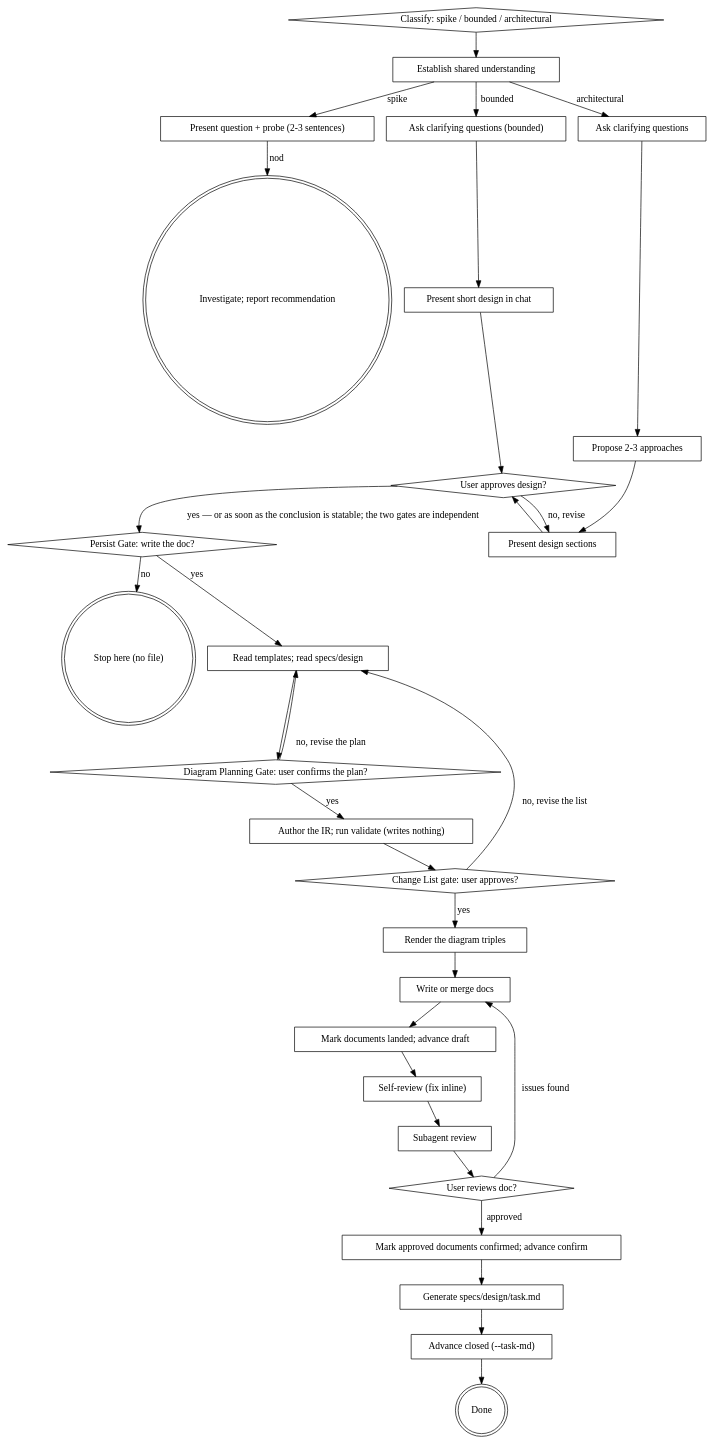
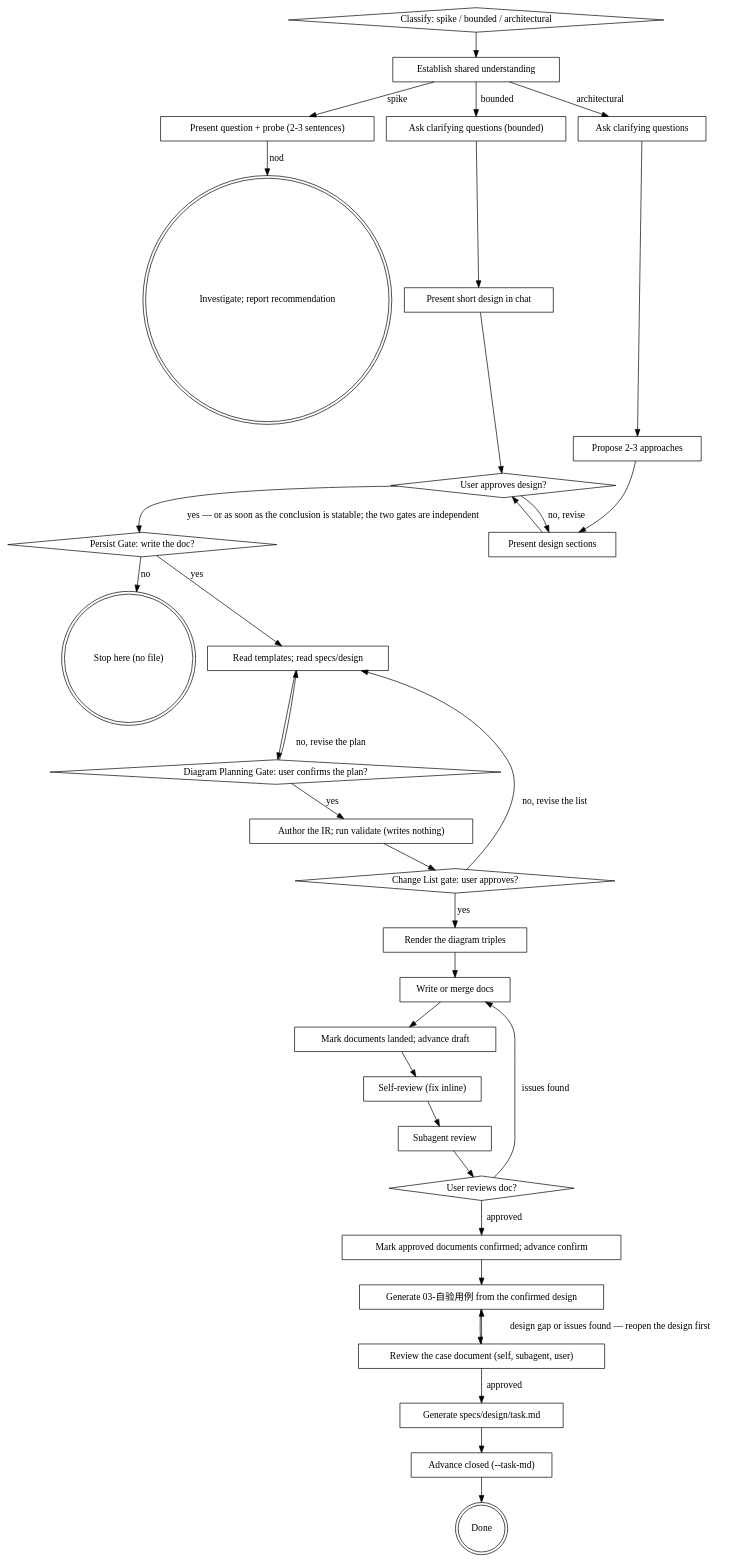
The diagram in skill/SKILL.md (ZiyiXingYao/brainstorming-archify), drawn with Graphviz before and after one commit. The commit also changed other lines of this file and 18 other files, not shown here.

````diff
--- a/skill/SKILL.md
+++ b/skill/SKILL.md
@@ -253,61 +253,66 @@
 ```dot
 digraph brainstorming {
 "Classify: spike / bounded / architectural" [shape=diamond];
 "Establish shared understanding" [shape=box];
     "Present question + probe (2-3 sentences)" [shape=box];
     "Ask clarifying questions (bounded)" [shape=box];
     "Present short design in chat" [shape=box];
     "Ask clarifying questions" [shape=box];
     "Propose 2-3 approaches" [shape=box];
     "Present design sections" [shape=box];
     "User approves design?" [shape=diamond];
     "Investigate; report recommendation" [shape=doublecircle];
     "Persist Gate: write the doc?" [shape=diamond];
     "Stop here (no file)" [shape=doublecircle];
     "Read templates; read specs/design" [shape=box];
     "Diagram Planning Gate: user confirms the plan?" [shape=diamond];
     "Author the IR; run validate (writes nothing)" [shape=box];
     "Change List gate: user approves?" [shape=diamond];
     "Render the diagram triples" [shape=box];
     "Write or merge docs" [shape=box];
     "Mark documents landed; advance draft" [shape=box];
     "Self-review (fix inline)" [shape=box];
     "Subagent review" [shape=box];
     "User reviews doc?" [shape=diamond];
     "Mark approved documents confirmed; advance confirm" [shape=box];
+    "Generate 03-自验用例 from the confirmed design" [shape=box];
+    "Review the case document (self, subagent, user)" [shape=box];
     "Generate specs/design/task.md" [shape=box];
     "Advance closed (--task-md)" [shape=box];
     "Done" [shape=doublecircle];
 
 "Classify: spike / bounded / architectural" -> "Establish shared understanding";
 "Establish shared understanding" -> "Present question + probe (2-3 sentences)" [label="spike"];
 "Establish shared understanding" -> "Ask clarifying questions (bounded)" [label="bounded"];
 "Establish shared understanding" -> "Ask clarifying questions" [label="architectural"];
     "Present question + probe (2-3 sentences)" -> "Investigate; report recommendation" [label="nod"];
     "Ask clarifying questions (bounded)" -> "Present short design in chat";
     "Present short design in chat" -> "User approves design?";
     "Ask clarifying questions" -> "Propose 2-3 approaches";
     "Propose 2-3 approaches" -> "Present design sections";
     "Present design sections" -> "User approves design?";
     "User approves design?" -> "Present design sections" [label="no, revise"];
     "User approves design?" -> "Persist Gate: write the doc?" [label="yes — or as soon as the conclusion is statable; the two gates are independent"];
     "Persist Gate: write the doc?" -> "Stop here (no file)" [label="no"];
     "Persist Gate: write the doc?" -> "Read templates; read specs/design" [label="yes"];
     "Read templates; read specs/design" -> "Diagram Planning Gate: user confirms the plan?";
     "Diagram Planning Gate: user confirms the plan?" -> "Author the IR; run validate (writes nothing)" [label="yes"];
     "Diagram Planning Gate: user confirms the plan?" -> "Read templates; read specs/design" [label="no, revise the plan"];
     "Author the IR; run validate (writes nothing)" -> "Change List gate: user approves?";
     "Change List gate: user approves?" -> "Render the diagram triples" [label="yes"];
     "Change List gate: user approves?" -> "Read templates; read specs/design" [label="no, revise the list"];
     "Render the diagram triples" -> "Write or merge docs";
     "Write or merge docs" -> "Mark documents landed; advance draft";
     "Mark documents landed; advance draft" -> "Self-review (fix inline)";
     "Self-review (fix inline)" -> "Subagent review";
     "Subagent review" -> "User reviews doc?";
     "User reviews doc?" -> "Write or merge docs" [label="issues found"];
     "User reviews doc?" -> "Mark approved documents confirmed; advance confirm" [label="approved"];
-    "Mark approved documents confirmed; advance confirm" -> "Generate specs/design/task.md";
+    "Mark approved documents confirmed; advance confirm" -> "Generate 03-自验用例 from the confirmed design";
+    "Generate 03-自验用例 from the confirmed design" -> "Review the case document (self, subagent, user)";
+    "Review the case document (self, subagent, user)" -> "Generate 03-自验用例 from the confirmed design" [label="design gap or issues found — reopen the design first"];
+    "Review the case document (self, subagent, user)" -> "Generate specs/design/task.md" [label="approved"];
     "Generate specs/design/task.md" -> "Advance closed (--task-md)";
     "Advance closed (--task-md)" -> "Done";
 }
 ```
````
